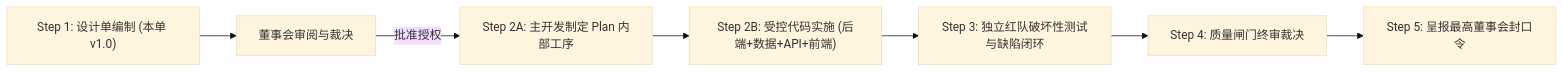
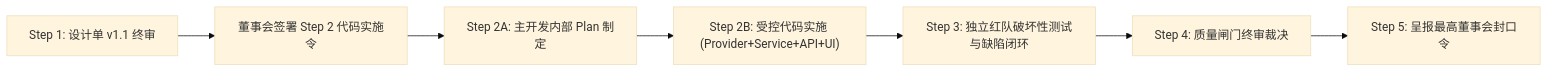
Before and after one commit to siyuwha/zhijian: the third of 3 diagrams in 开发文档/17-G5-Phase-2-M4盘中动态监控与异动感知系统技术设计单.md, drawn with Mermaid (base theme). The commit also changed other lines of this file, not shown here.

````diff
--- a/开发文档/17-G5-Phase-2-M4盘中动态监控与异动感知系统技术设计单.md
+++ b/开发文档/17-G5-Phase-2-M4盘中动态监控与异动感知系统技术设计单.md
@@ -567,9 +560,9 @@
 ```mermaid
 flowchart LR
-    S1["Step 1: 设计单编制 (本单 v1.0)"] --> S1_REV["董事会审阅与裁决"]
-    S1_REV -->|批准授权| S2_PLAN["Step 2A: 主开发制定 Plan 内部工序"]
-    S2_PLAN --> S2_CODE["Step 2B: 受控代码实施 (后端+数据+API+前端)"]
+    S1["Step 1: 设计单 v1.1 终审"] --> S1_APP["董事会签署 Step 2 代码实施令"]
+    S1_APP --> S2_PLAN["Step 2A: 主开发内部 Plan 制定"]
+    S2_PLAN --> S2_CODE["Step 2B: 受控代码实施 (Provider+Service+API+UI)"]
     S2_CODE --> S3_RED["Step 3: 独立红队破坏性测试与缺陷闭环"]
     S3_RED --> S4_GATE["Step 4: 质量闸门终审裁决"]
     S4_GATE --> S5_BOARD["Step 5: 呈报最高董事会封口令"]
 ```
````
